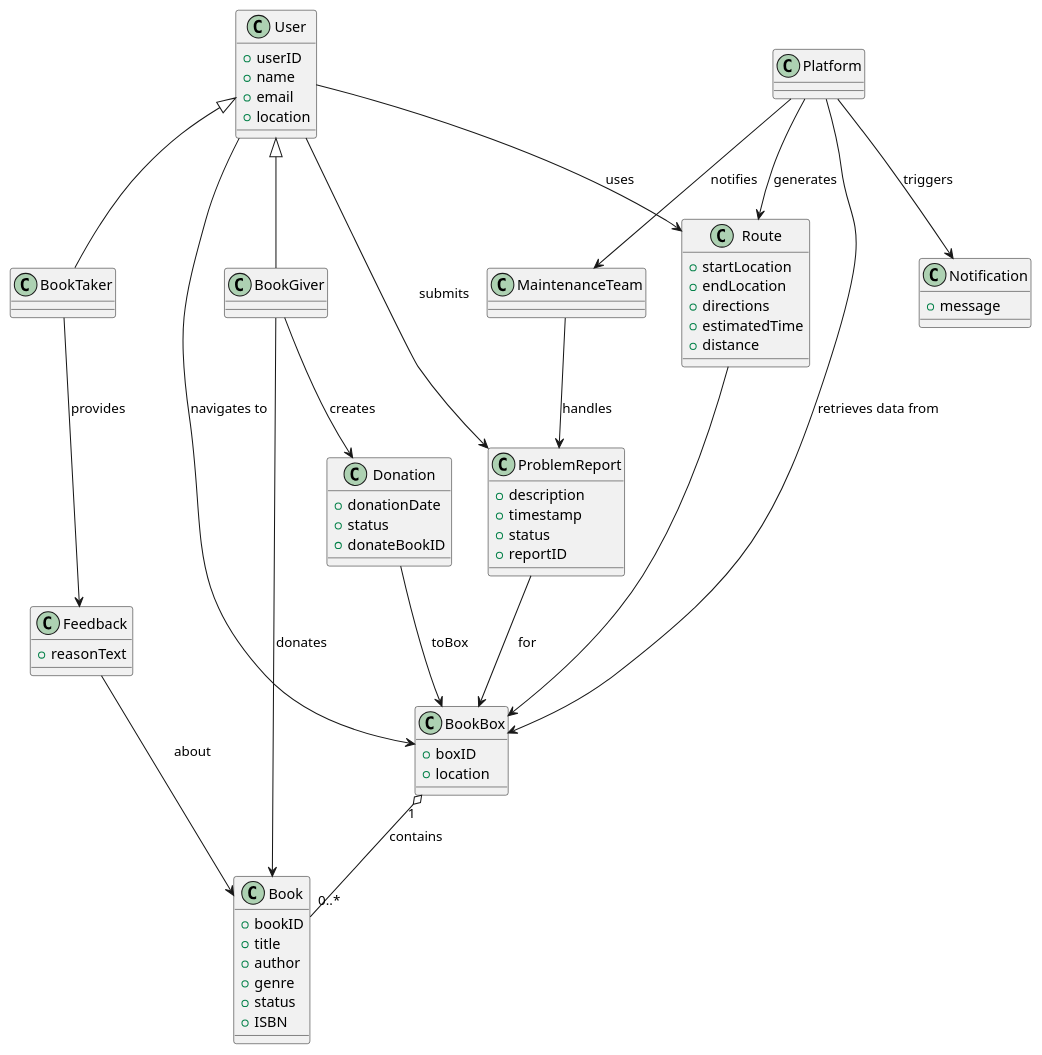
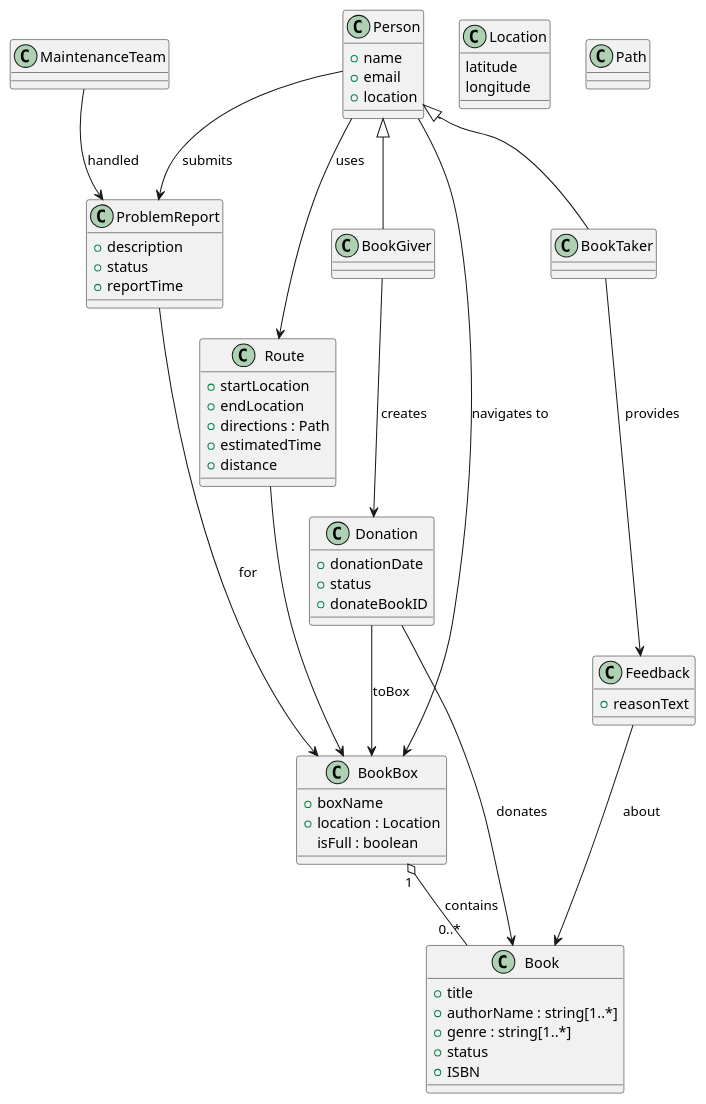
Before and after one commit to lauuragarciam/Introduction-to-Software: the diagram in UMLDiagram/domain.puml, drawn with PlantUML.

```diff
--- a/UMLDiagram/domain.puml
+++ b/UMLDiagram/domain.puml
@@ -1,92 +1,89 @@
 @startuml
 
-class User {
-  +userID
+class Person {
   +name
   +email
   +location
 }
 
 class BookTaker {
 }
 
 class BookGiver {
 }
 
 class BookBox {
-  +boxID
-  +location
+  +boxName
+  +location : Location 
+  isFull : boolean
+}
+
+class Location {
+    latitude
+    longitude
 }
 
 class Book {
-  +bookID
   +title
-  +author
-  +genre
+  +authorName : string[1..*]
+  +genre : string[1..*]
   +status
   +ISBN
 }
 
-class Platform {
-}
 
 class Donation {
   +donationDate
   +status
   +donateBookID
 }
 
 class Feedback {
   +reasonText
 }
 
 
-class Notification {
-  +message
-}
-
 class ProblemReport {
   +description
-  +timestamp
   +status
-  +reportID
+  +reportTime
 }
 
 class MaintenanceTeam {
 }
 
 class Route {
   +startLocation
   +endLocation
-  +directions
+  +directions : Path
   +estimatedTime
   +distance
 }
 
+class Path {
 
-User <|-- BookTaker
-User <|-- BookGiver
+}
+
+Person <|-- BookTaker
+Person <|-- BookGiver
 
 
 BookBox "1" o-- "0..*" Book : contains
 
-Platform --> Notification : triggers
-Platform --> BookBox : retrieves data from
-Platform --> Route : generates
-User --> Route : uses
+
+Person --> Route : uses
 Route --> BookBox
-User --> BookBox : navigates to
+Person --> BookBox : navigates to
 
-BookGiver --> Book : donates
+Donation --> Book : donates
 BookGiver --> Donation : creates
 Donation --> BookBox : toBox
 
 BookTaker --> Feedback : provides
 Feedback --> Book : about
 
-User --> ProblemReport : submits
+Person --> ProblemReport : submits
 ProblemReport --> BookBox : for
-Platform --> MaintenanceTeam : notifies
-MaintenanceTeam --> ProblemReport : handles
+MaintenanceTeam --> ProblemReport : handled
 
 @enduml
```
